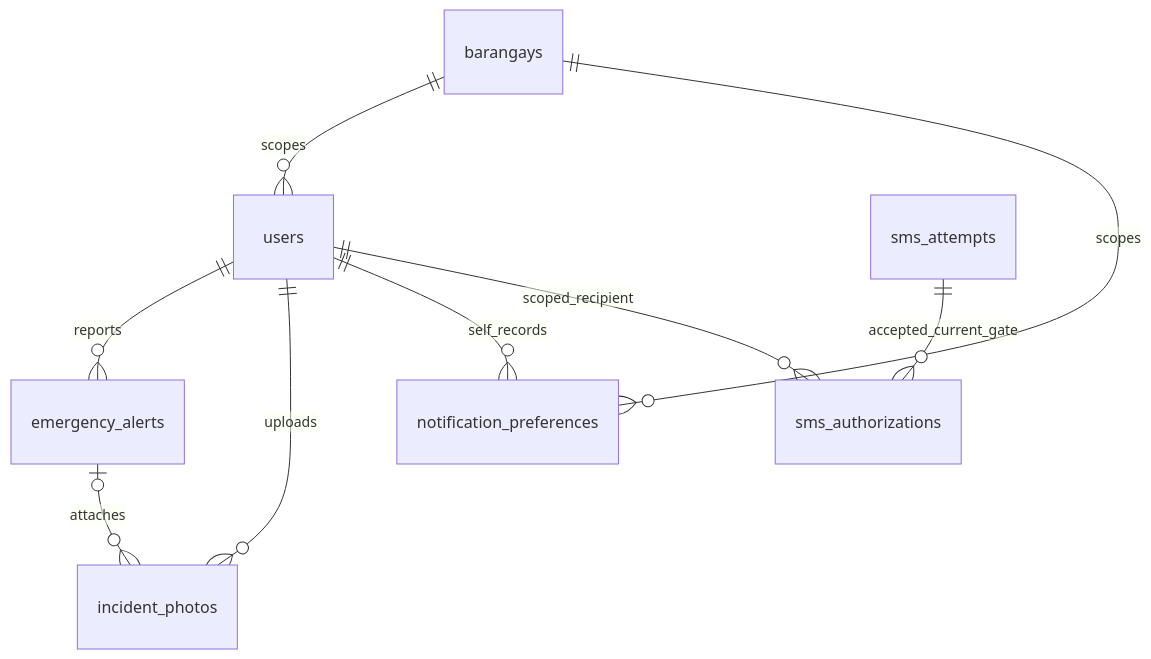
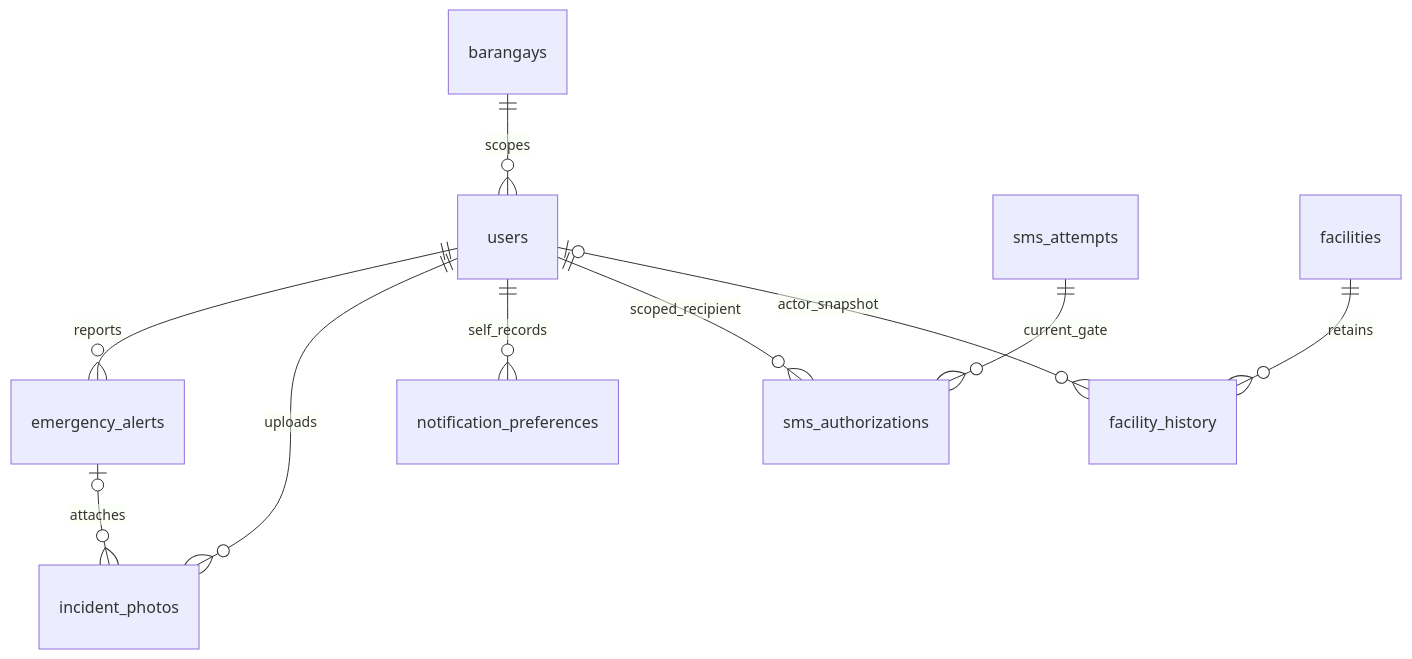
One commit to Butvh/barangay-connect-frontend changed the diagram in backend/docs/DBA-PRESENTATION.md. Above: the diagram before and after it, drawn with Mermaid. The commit also changed other lines of this file and 8 other files, not shown here.

Commit message:
docs(dba): publish one current facility-history and producer acceptance matrix

```diff
--- a/backend/docs/DBA-PRESENTATION.md
+++ b/backend/docs/DBA-PRESENTATION.md
@@ -11,11 +9,12 @@
 ~~~mermaid
 erDiagram
   barangays ||--o{ users : scopes
   users ||--o{ emergency_alerts : reports
   users ||--o{ incident_photos : uploads
   emergency_alerts o|--o{ incident_photos : attaches
   users ||--o{ notification_preferences : self_records
-  barangays ||--o{ notification_preferences : scopes
   users ||--o{ sms_authorizations : scoped_recipient
-  sms_attempts ||--o{ sms_authorizations : accepted_current_gate
+  sms_attempts ||--o{ sms_authorizations : current_gate
+  facilities ||--o{ facility_history : retains
+  users o|--o{ facility_history : actor_snapshot
 ~~~
```
